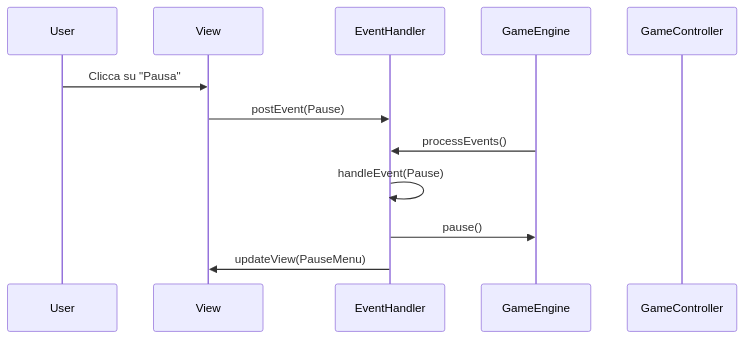
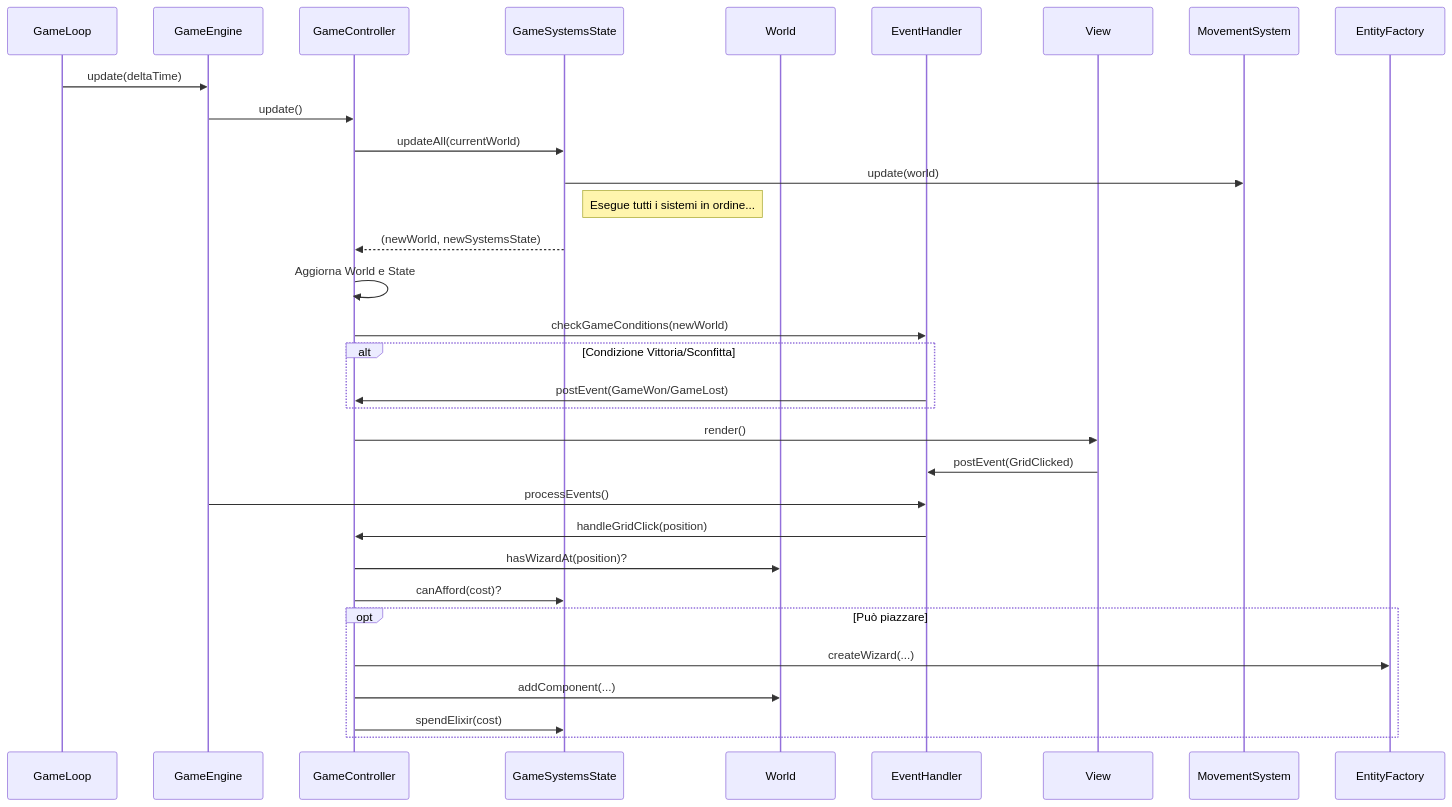
The seventh of 7 diagrams in docs/report/4-Design_di_dettaglio.md (giacomofoschii/PPS-24-WvT), drawn with Mermaid before and after one commit. The commit also changed other lines of this file, not shown here.

Commit message:
[DOC] Revise design document to clarify project architecture and component responsibilities

````diff
--- a/docs/report/4-Design_di_dettaglio.md
+++ b/docs/report/4-Design_di_dettaglio.md
@@ -158,15 +439,34 @@
 ```mermaid
 sequenceDiagram
-    participant User
-    participant View
-    participant EventHandler
+    participant GameLoop
     participant GameEngine
     participant GameController
+    participant GameSystemsState
+    participant World
+    participant EventHandler
+    participant View
 
-    User->>View: Clicca su "Pausa"
-    View->>EventHandler: postEvent(Pause)
+    GameLoop->>GameEngine: update(deltaTime)
+    GameEngine->>GameController: update()
+    GameController->>GameSystemsState: updateAll(currentWorld)
+    GameSystemsState->>MovementSystem: update(world)
+    Note right of GameSystemsState: Esegue tutti i sistemi in ordine...
+    GameSystemsState-->>GameController: (newWorld, newSystemsState)
+    GameController->>GameController: Aggiorna World e State
+    GameController->>EventHandler: checkGameConditions(newWorld)
+    alt Condizione Vittoria/Sconfitta
+        EventHandler->>GameController: postEvent(GameWon/GameLost)
+    end
+    GameController->>View: render()
+
+    View->>EventHandler: postEvent(GridClicked)
     GameEngine->>EventHandler: processEvents()
-    EventHandler->>EventHandler: handleEvent(Pause)
-    EventHandler->>GameEngine: pause()
-    EventHandler->>View: updateView(PauseMenu)
+    EventHandler->>GameController: handleGridClick(position)
+    GameController->>World: hasWizardAt(position)?
+    GameController->>GameSystemsState: canAfford(cost)?
+    opt Può piazzare
+        GameController->>EntityFactory: createWizard(...)
+        GameController->>World: addComponent(...)
+        GameController->>GameSystemsState: spendElixir(cost)
+    end
 ```
````
